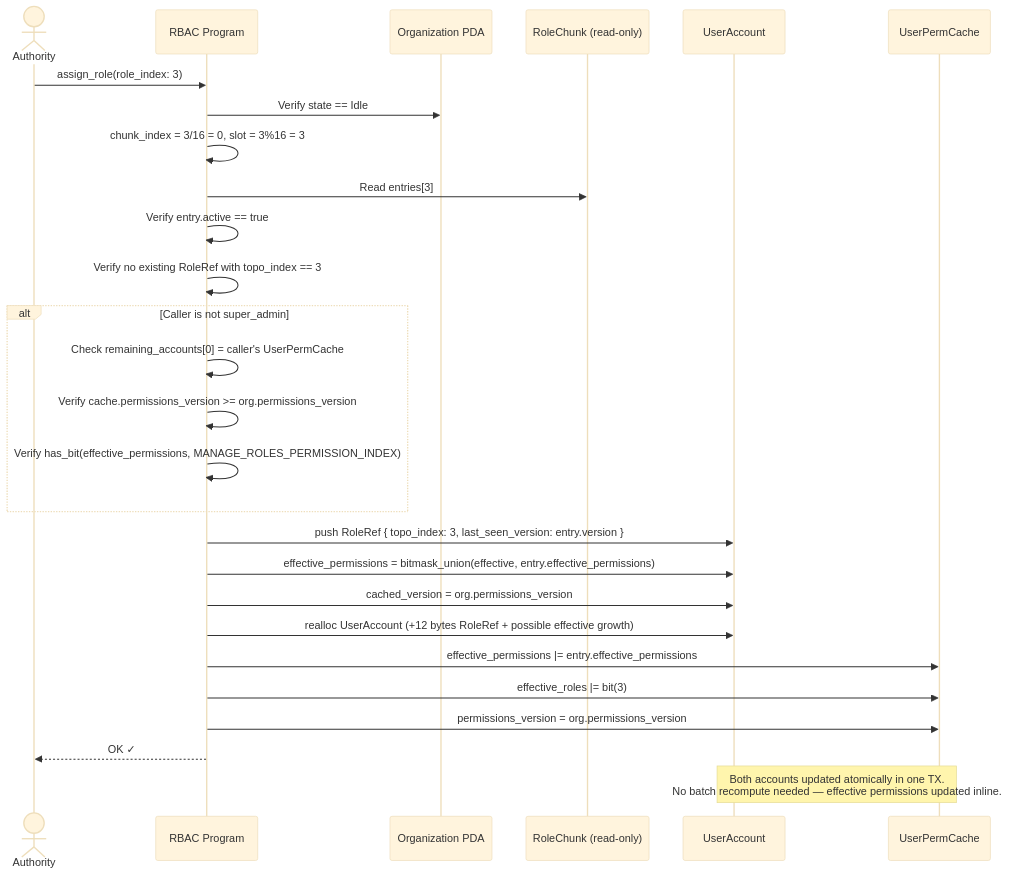
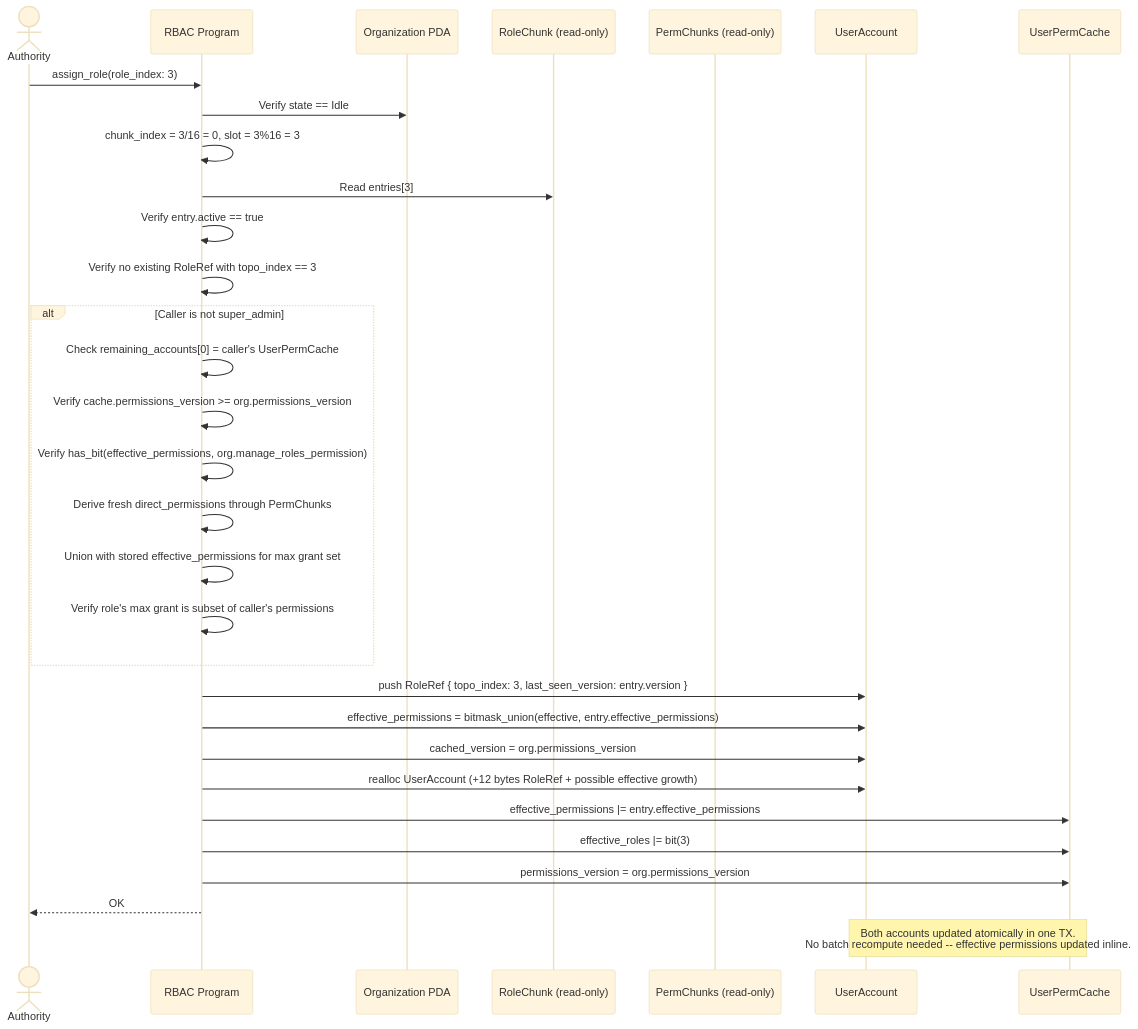
One commit to Vadimus1983/Solana-rbac changed the ninth of 25 diagrams in docs/architecture.md. Above: the diagram before and after it, drawn with Mermaid (base theme). The commit also changed other lines of this file and 1 other file, not shown here.

````diff
--- a/docs/architecture.md
+++ b/docs/architecture.md
@@ -445,33 +469,37 @@
 ```mermaid
 sequenceDiagram
     actor Caller as Authority
     participant P as RBAC Program
     participant Org as Organization PDA
     participant RC as RoleChunk (read-only)
+    participant PCs as PermChunks (read-only)
     participant UA as UserAccount
     participant UPC as UserPermCache
 
     Caller->>P: assign_role(role_index: 3)
     P->>Org: Verify state == Idle
     P->>P: chunk_index = 3/16 = 0, slot = 3%16 = 3
     P->>RC: Read entries[3]
     P->>P: Verify entry.active == true
     P->>P: Verify no existing RoleRef with topo_index == 3
 
     alt Caller is not super_admin
         P->>P: Check remaining_accounts[0] = caller's UserPermCache
         P->>P: Verify cache.permissions_version >= org.permissions_version
-        P->>P: Verify has_bit(effective_permissions, MANAGE_ROLES_PERMISSION_INDEX)
+        P->>P: Verify has_bit(effective_permissions, org.manage_roles_permission)
+        P->>P: Derive fresh direct_permissions through PermChunks
+        P->>P: Union with stored effective_permissions for max grant set
+        P->>P: Verify role's max grant is subset of caller's permissions
     end
 
     P->>UA: push RoleRef { topo_index: 3, last_seen_version: entry.version }
     P->>UA: effective_permissions = bitmask_union(effective, entry.effective_permissions)
     P->>UA: cached_version = org.permissions_version
     P->>UA: realloc UserAccount (+12 bytes RoleRef + possible effective growth)
     P->>UPC: effective_permissions |= entry.effective_permissions
     P->>UPC: effective_roles |= bit(3)
     P->>UPC: permissions_version = org.permissions_version
-    P-->>Caller: OK ✓
+    P-->>Caller: OK
 
-    Note over UA,UPC: Both accounts updated atomically in one TX.<br/>No batch recompute needed — effective permissions updated inline.
+    Note over UA,UPC: Both accounts updated atomically in one TX.<br/>No batch recompute needed -- effective permissions updated inline.
 ```
````
